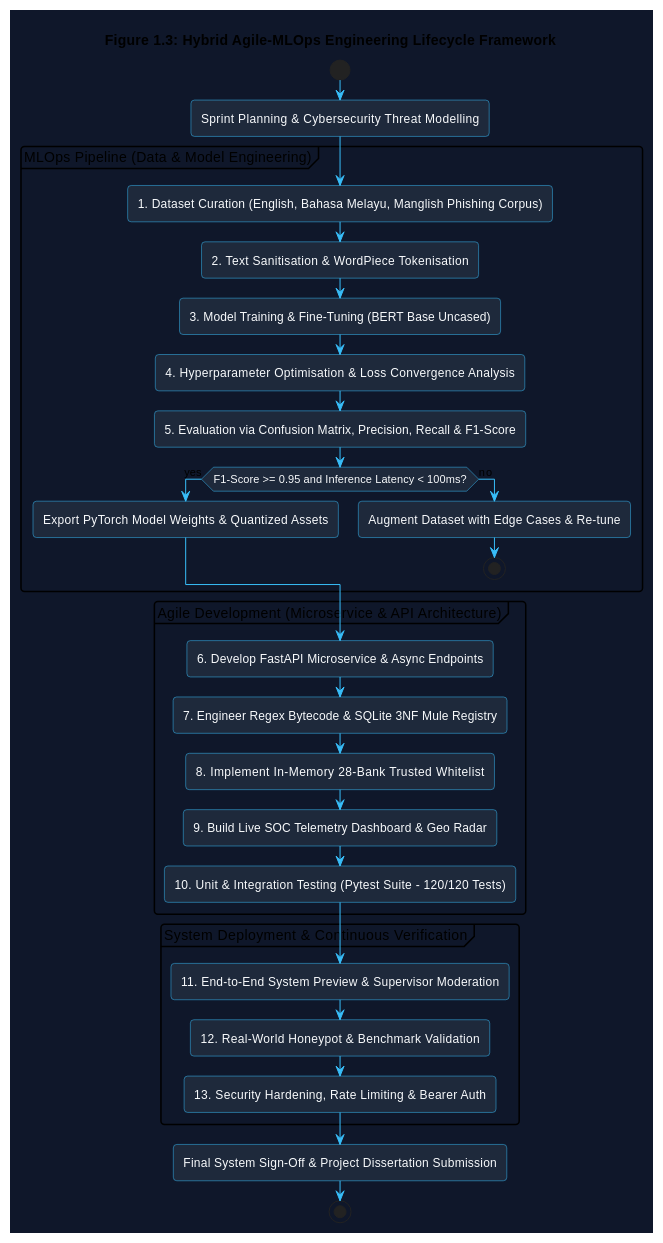
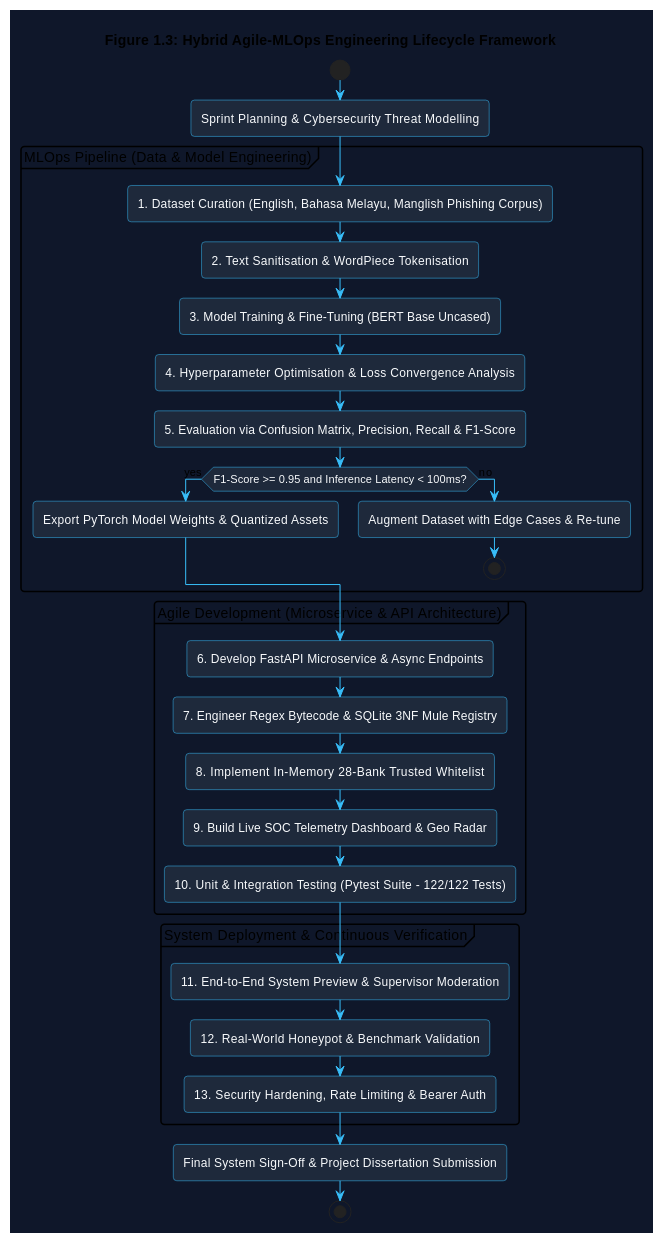
The fourth of 4 diagrams in report/Chapter_1_Introduction.md (KunTheNoobie/PhishGuard-AI-Complete), drawn with PlantUML before and after one commit. The commit also changed other lines of this file and 15 other files, not shown here.

Commit message:
feat(p2): finalize project 2 dissertation, 122 CI/CD tests, dual API schemas, quishing forensics, and corroborated threat logic

````diff
--- a/report/Chapter_1_Introduction.md
+++ b/report/Chapter_1_Introduction.md
@@ -650,47 +650,47 @@
 ```plantuml
 @startuml Agile_MLOps_Lifecycle_Chapter_1
 !theme vibrant
 skinparam backgroundColor #0f172a
 skinparam ArrowColor #38bdf8
 skinparam ActivityBorderColor #38bdf8
 skinparam ActivityBackgroundColor #1e293b
 skinparam ActivityFontColor #f8fafc
 
 title Figure 1.3: Hybrid Agile-MLOps Engineering Lifecycle Framework
 
 start
 :Sprint Planning & Cybersecurity Threat Modelling;
 
 partition "MLOps Pipeline (Data & Model Engineering)" {
     :1. Dataset Curation (English, Bahasa Melayu, Manglish Phishing Corpus);
     :2. Text Sanitisation & WordPiece Tokenisation;
     :3. Model Training & Fine-Tuning (BERT Base Uncased);
     :4. Hyperparameter Optimisation & Loss Convergence Analysis;
     :5. Evaluation via Confusion Matrix, Precision, Recall & F1-Score;
     if (F1-Score >= 0.95 and Inference Latency < 100ms?) then (yes)
         :Export PyTorch Model Weights & Quantized Assets;
     else (no)
         :Augment Dataset with Edge Cases & Re-tune;
         stop
     endif
 }
 
 partition "Agile Development (Microservice & API Architecture)" {
     :6. Develop FastAPI Microservice & Async Endpoints;
     :7. Engineer Regex Bytecode & SQLite 3NF Mule Registry;
     :8. Implement In-Memory 28-Bank Trusted Whitelist;
     :9. Build Live SOC Telemetry Dashboard & Geo Radar;
-    :10. Unit & Integration Testing (Pytest Suite - 120/120 Tests);
+    :10. Unit & Integration Testing (Pytest Suite - 122/122 Tests);
 }
 
 partition "System Deployment & Continuous Verification" {
     :11. End-to-End System Preview & Supervisor Moderation;
     :12. Real-World Honeypot & Benchmark Validation;
     :13. Security Hardening, Rate Limiting & Bearer Auth;
 }
 
 :Final System Sign-Off & Project Dissertation Submission;
 stop
 
 @enduml
 ```
````
